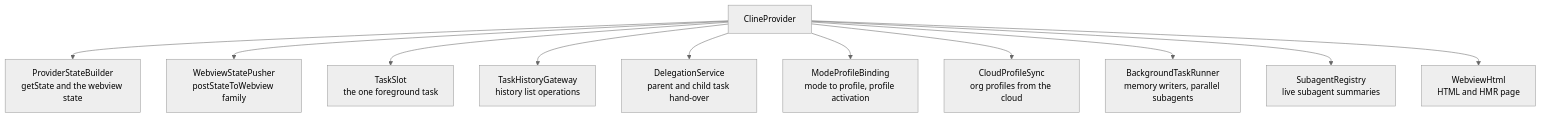
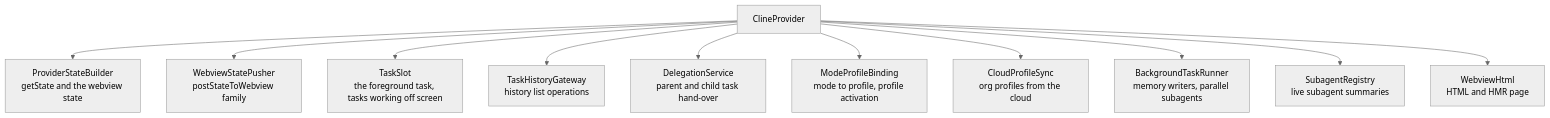
Before and after one commit to krzychdre/Tumble-Code: the second of 3 diagrams in docs/02-extension-host.md, drawn with Mermaid (neutral theme). The commit also changed other lines of this file and 44 other files, not shown here.

First line of the commit message:
feat: show which history tasks are still working (#818)

````diff
--- a/docs/02-extension-host.md
+++ b/docs/02-extension-host.md
@@ -56,14 +56,14 @@
 ```mermaid
 graph TD
   CP[ClineProvider]
   CP --> SB[ProviderStateBuilder<br/>getState and the webview state]
   CP --> SP[WebviewStatePusher<br/>postStateToWebview family]
-  CP --> TS[TaskSlot<br/>the one foreground task]
+  CP --> TS[TaskSlot<br/>the foreground task, tasks working off screen]
   CP --> HG[TaskHistoryGateway<br/>history list operations]
   CP --> DS[DelegationService<br/>parent and child task hand-over]
   CP --> MB[ModeProfileBinding<br/>mode to profile, profile activation]
   CP --> CS[CloudProfileSync<br/>org profiles from the cloud]
   CP --> BR[BackgroundTaskRunner<br/>memory writers, parallel subagents]
   CP --> SR[SubagentRegistry<br/>live subagent summaries]
   CP --> WH[WebviewHtml<br/>HTML and HMR page]
 ```
````
